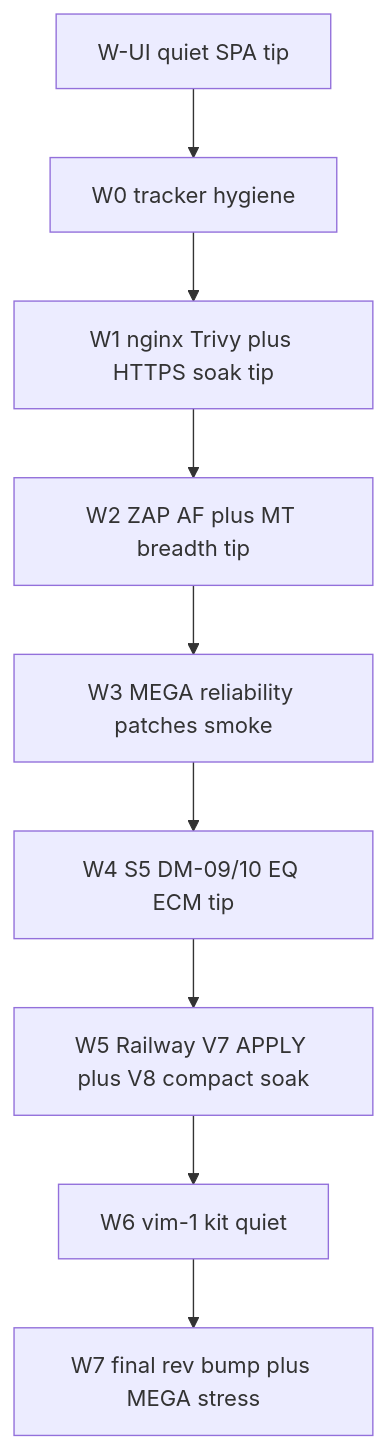
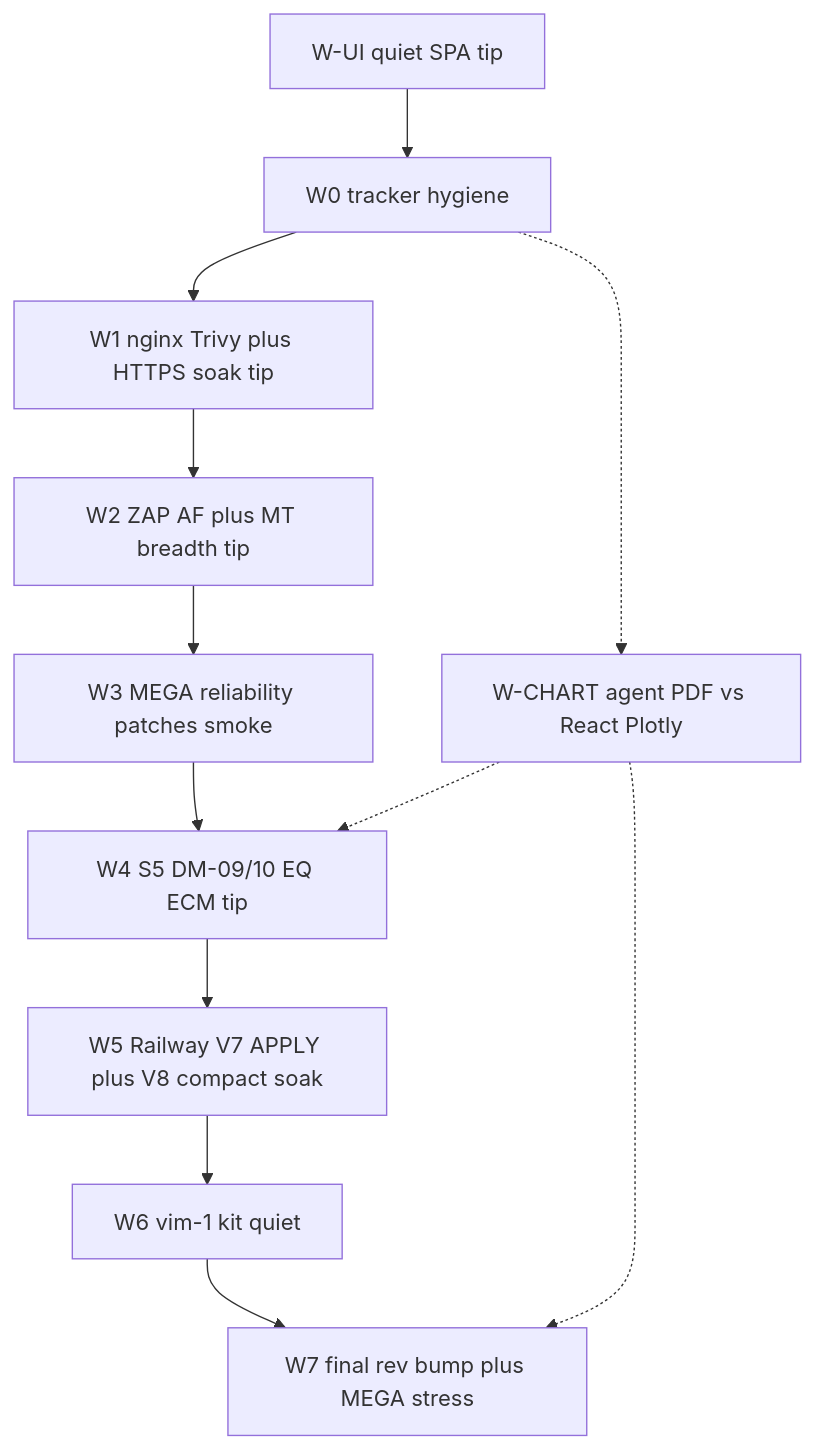
The diagram in .cursor/plans/wave_u_post-fq_remainder.plan.md (bbartling/open-fdd), drawn with Mermaid before and after one commit. The commit also changed other lines of this file and 9 other files, not shown here.

First line of the commit message:
fix(chart): W-CHART palette lock + W1/W2 Soft-OPEN close (4.4.5) (#984)

````diff
--- a/.cursor/plans/wave_u_post-fq_remainder.plan.md
+++ b/.cursor/plans/wave_u_post-fq_remainder.plan.md
@@ -71,14 +76,19 @@
 ```mermaid
 flowchart TD
   wui[W-UI quiet SPA tip]
   w0[W0 tracker hygiene]
   w1[W1 nginx Trivy plus HTTPS soak tip]
   w2[W2 ZAP AF plus MT breadth tip]
   w3[W3 MEGA reliability patches smoke]
   w4[W4 S5 DM-09/10 EQ ECM tip]
+  wchart[W-CHART agent PDF vs React Plotly]
   w5[W5 Railway V7 APPLY plus V8 compact soak]
   w6[W6 vim-1 kit quiet]
   w7[W7 final rev bump plus MEGA stress]
-  wui[W-UI quiet SPA tip] --> w0
-  w0 --> w1 --> w2 --> w3 --> w4 --> w5 --> w6 --> w7
+  wui --> w0
+  w0 --> w1 --> w2 --> w3 --> w4
+  w4 --> w5 --> w6 --> w7
+  w0 -.-> wchart
+  wchart -.-> w4
+  wchart -.-> w7
 ```
````
